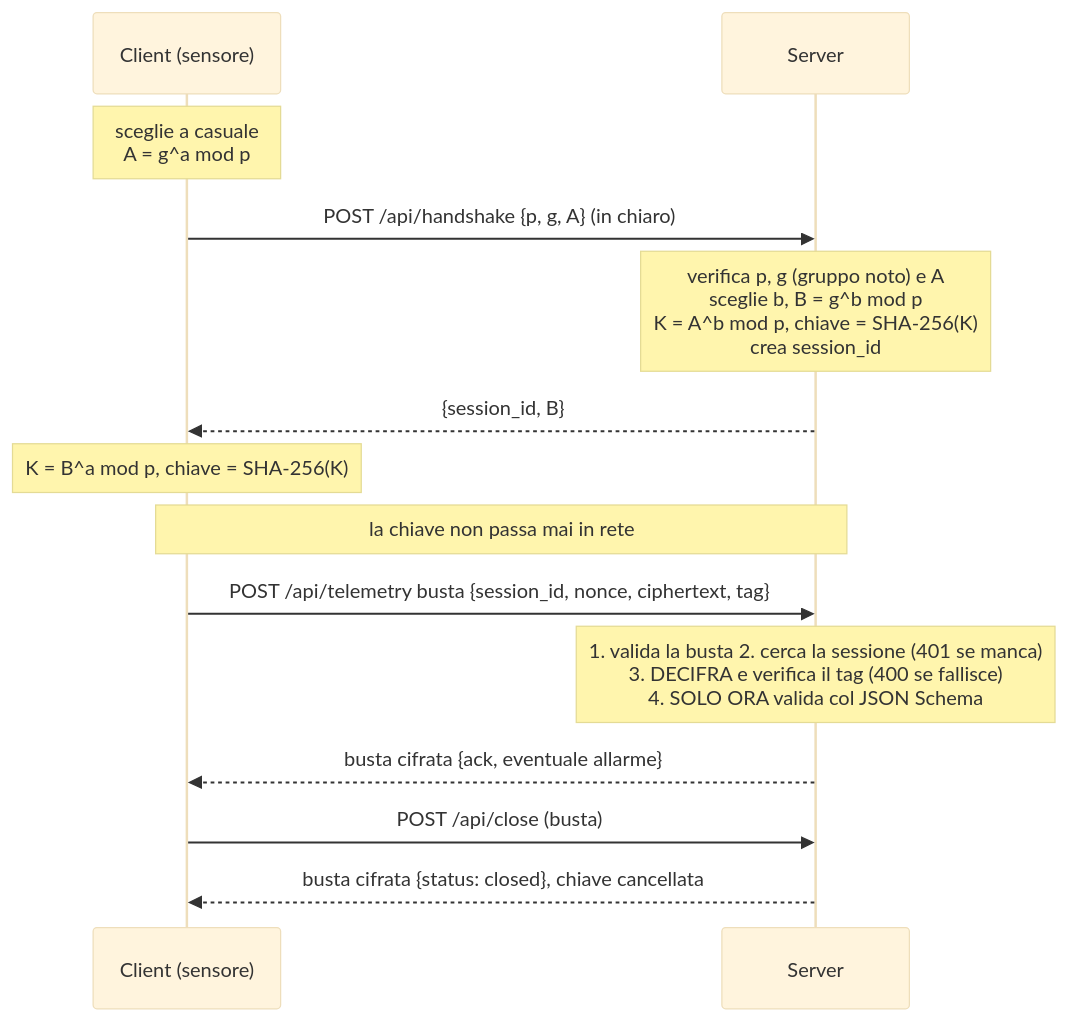
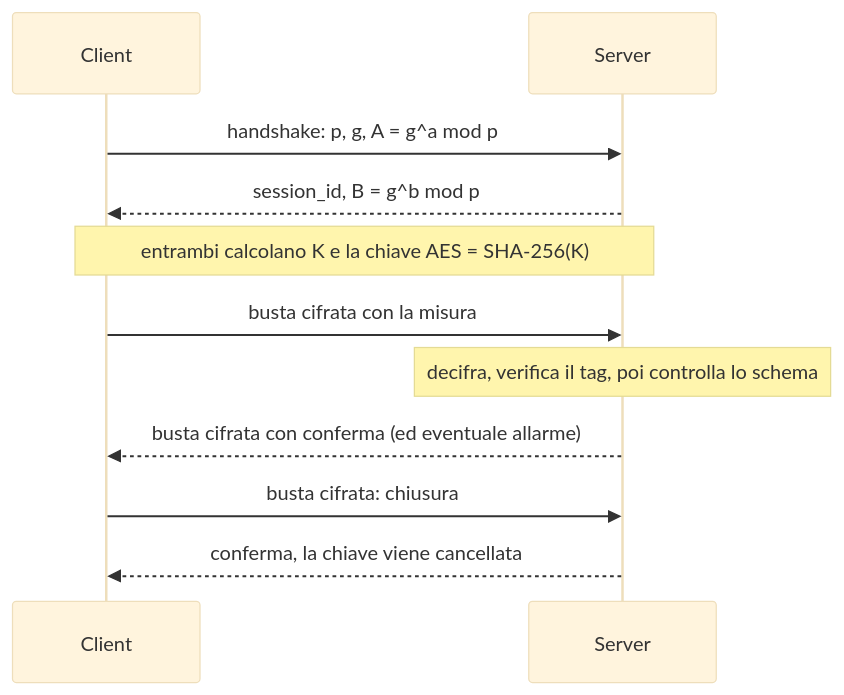
The diagram in README.md (jacking1907/FrigoTrack_Petruc), drawn with Mermaid (base theme) before and after one commit. The commit also changed other lines of this file, not shown here.

````diff
--- a/README.md
+++ b/README.md
@@ -34,16 +28,13 @@
 ```mermaid
 sequenceDiagram
-    participant C as Client (sensore)
+    participant C as Client
     participant S as Server
-    Note over C: sceglie a casuale<br/>A = g^a mod p
-    C->>S: POST /api/handshake {p, g, A}  (in chiaro)
-    Note over S: verifica p, g (gruppo noto) e A<br/>sceglie b, B = g^b mod p<br/>K = A^b mod p, chiave = SHA-256(K)<br/>crea session_id
-    S-->>C: {session_id, B}
-    Note over C: K = B^a mod p, chiave = SHA-256(K)
-    Note over C,S: la chiave non passa mai in rete
-    C->>S: POST /api/telemetry  busta {session_id, nonce, ciphertext, tag}
-    Note over S: 1. valida la busta  2. cerca la sessione (401 se manca)<br/>3. DECIFRA e verifica il tag (400 se fallisce)<br/>4. SOLO ORA valida col JSON Schema
-    S-->>C: busta cifrata {ack, eventuale allarme}
-    C->>S: POST /api/close (busta)
-    S-->>C: busta cifrata {status: closed}, chiave cancellata
+    C->>S: handshake: p, g, A = g^a mod p
+    S-->>C: session_id, B = g^b mod p
+    Note over C,S: entrambi calcolano K e la chiave AES = SHA-256(K)
+    C->>S: busta cifrata con la misura
+    Note over S: decifra, verifica il tag, poi controlla lo schema
+    S-->>C: busta cifrata con conferma (ed eventuale allarme)
+    C->>S: busta cifrata: chiusura
+    S-->>C: conferma, la chiave viene cancellata
 ```
````
